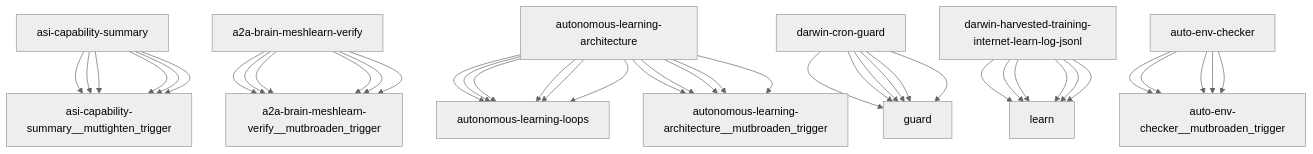
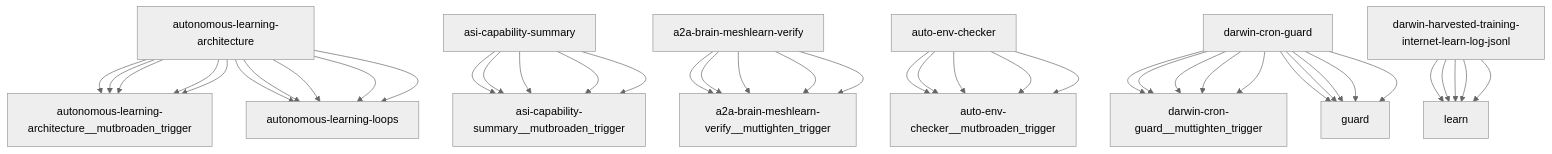
One commit to openamer-max/max-scripts changed the diagram in reports/darwin-report.md. Above: the diagram before and after it, drawn with Mermaid (neutral theme). The commit also changed other lines of this file and 22 other files, not shown here.

First line of the commit message:
chore(reports): cron auto-commit 2026-10-13

````diff
--- a/reports/darwin-report.md
+++ b/reports/darwin-report.md
@@ -69,43 +71,43 @@
 ```mermaid
 graph TD
-    asi-capability-summary["asi-capability-summary"] --> asi-capability-summary__muttighten_trigger["asi-capability-summary__muttighten_trigger"]
-    a2a-brain-meshlearn-verify["a2a-brain-meshlearn-verify"] --> a2a-brain-meshlearn-verify__mutbroaden_trigger["a2a-brain-meshlearn-verify__mutbroaden_trigger"]
+    autonomous-learning-architecture["autonomous-learning-architecture"] --> autonomous-learning-architecture__mutbroaden_trigger["autonomous-learning-architecture__mutbroaden_trigger"]
+    asi-capability-summary["asi-capability-summary"] --> asi-capability-summary__mutbroaden_trigger["asi-capability-summary__mutbroaden_trigger"]
+    a2a-brain-meshlearn-verify["a2a-brain-meshlearn-verify"] --> a2a-brain-meshlearn-verify__muttighten_trigger["a2a-brain-meshlearn-verify__muttighten_trigger"]
+    auto-env-checker["auto-env-checker"] --> auto-env-checker__mutbroaden_trigger["auto-env-checker__mutbroaden_trigger"]
+    darwin-cron-guard["darwin-cron-guard"] --> darwin-cron-guard__muttighten_trigger["darwin-cron-guard__muttighten_trigger"]
     autonomous-learning-architecture["autonomous-learning-architecture"] --> autonomous-learning-loops["autonomous-learning-loops"]
     darwin-cron-guard["darwin-cron-guard"] --> guard["guard"]
     darwin-harvested-training-internet-learn-log-jsonl["darwin-harvested-training-internet-learn-log-jsonl"] --> learn["learn"]
     autonomous-learning-architecture["autonomous-learning-architecture"] --> autonomous-learning-architecture__mutbroaden_trigger["autonomous-learning-architecture__mutbroaden_trigger"]
+    asi-capability-summary["asi-capability-summary"] --> asi-capability-summary__mutbroaden_trigger["asi-capability-summary__mutbroaden_trigger"]
+    a2a-brain-meshlearn-verify["a2a-brain-meshlearn-verify"] --> a2a-brain-meshlearn-verify__muttighten_trigger["a2a-brain-meshlearn-verify__muttighten_trigger"]
     auto-env-checker["auto-env-checker"] --> auto-env-checker__mutbroaden_trigger["auto-env-checker__mutbroaden_trigger"]
-    asi-capability-summary["asi-capability-summary"] --> asi-capability-summary__muttighten_trigger["asi-capability-summary__muttighten_trigger"]
-    a2a-brain-meshlearn-verify["a2a-brain-meshlearn-verify"] --> a2a-brain-meshlearn-verify__mutbroaden_trigger["a2a-brain-meshlearn-verify__mutbroaden_trigger"]
+    darwin-cron-guard["darwin-cron-guard"] --> darwin-cron-guard__muttighten_trigger["darwin-cron-guard__muttighten_trigger"]
     autonomous-learning-architecture["autonomous-learning-architecture"] --> autonomous-learning-loops["autonomous-learning-loops"]
     darwin-cron-guard["darwin-cron-guard"] --> guard["guard"]
     darwin-harvested-training-internet-learn-log-jsonl["darwin-harvested-training-internet-learn-log-jsonl"] --> learn["learn"]
     autonomous-learning-architecture["autonomous-learning-architecture"] --> autonomous-learning-architecture__mutbroaden_trigger["autonomous-learning-architecture__mutbroaden_trigger"]
+    asi-capability-summary["asi-capability-summary"] --> asi-capability-summary__mutbroaden_trigger["asi-capability-summary__mutbroaden_trigger"]
+    a2a-brain-meshlearn-verify["a2a-brain-meshlearn-verify"] --> a2a-brain-meshlearn-verify__muttighten_trigger["a2a-brain-meshlearn-verify__muttighten_trigger"]
     auto-env-checker["auto-env-checker"] --> auto-env-checker__mutbroaden_trigger["auto-env-checker__mutbroaden_trigger"]
-    asi-capability-summary["asi-capability-summary"] --> asi-capability-summary__muttighten_trigger["asi-capability-summary__muttighten_trigger"]
-    a2a-brain-meshlearn-verify["a2a-brain-meshlearn-verify"] --> a2a-brain-meshlearn-verify__mutbroaden_trigger["a2a-brain-meshlearn-verify__mutbroaden_trigger"]
+    darwin-cron-guard["darwin-cron-guard"] --> darwin-cron-guard__muttighten_trigger["darwin-cron-guard__muttighten_trigger"]
     autonomous-learning-architecture["autonomous-learning-architecture"] --> autonomous-learning-loops["autonomous-learning-loops"]
     darwin-cron-guard["darwin-cron-guard"] --> guard["guard"]
     darwin-harvested-training-internet-learn-log-jsonl["darwin-harvested-training-internet-learn-log-jsonl"] --> learn["learn"]
     autonomous-learning-architecture["autonomous-learning-architecture"] --> autonomous-learning-architecture__mutbroaden_trigger["autonomous-learning-architecture__mutbroaden_trigger"]
+    asi-capability-summary["asi-capability-summary"] --> asi-capability-summary__mutbroaden_trigger["asi-capability-summary__mutbroaden_trigger"]
+    a2a-brain-meshlearn-verify["a2a-brain-meshlearn-verify"] --> a2a-brain-meshlearn-verify__muttighten_trigger["a2a-brain-meshlearn-verify__muttighten_trigger"]
     auto-env-checker["auto-env-checker"] --> auto-env-checker__mutbroaden_trigger["auto-env-checker__mutbroaden_trigger"]
-    asi-capability-summary["asi-capability-summary"] --> asi-capability-summary__muttighten_trigger["asi-capability-summary__muttighten_trigger"]
-    a2a-brain-meshlearn-verify["a2a-brain-meshlearn-verify"] --> a2a-brain-meshlearn-verify__mutbroaden_trigger["a2a-brain-meshlearn-verify__mutbroaden_trigger"]
+    darwin-cron-guard["darwin-cron-guard"] --> darwin-cron-guard__muttighten_trigger["darwin-cron-guard__muttighten_trigger"]
     autonomous-learning-architecture["autonomous-learning-architecture"] --> autonomous-learning-loops["autonomous-learning-loops"]
     darwin-cron-guard["darwin-cron-guard"] --> guard["guard"]
     darwin-harvested-training-internet-learn-log-jsonl["darwin-harvested-training-internet-learn-log-jsonl"] --> learn["learn"]
     autonomous-learning-architecture["autonomous-learning-architecture"] --> autonomous-learning-architecture__mutbroaden_trigger["autonomous-learning-architecture__mutbroaden_trigger"]
+    asi-capability-summary["asi-capability-summary"] --> asi-capability-summary__mutbroaden_trigger["asi-capability-summary__mutbroaden_trigger"]
+    a2a-brain-meshlearn-verify["a2a-brain-meshlearn-verify"] --> a2a-brain-meshlearn-verify__muttighten_trigger["a2a-brain-meshlearn-verify__muttighten_trigger"]
     auto-env-checker["auto-env-checker"] --> auto-env-checker__mutbroaden_trigger["auto-env-checker__mutbroaden_trigger"]
-    asi-capability-summary["asi-capability-summary"] --> asi-capability-summary__muttighten_trigger["asi-capability-summary__muttighten_trigger"]
-    a2a-brain-meshlearn-verify["a2a-brain-meshlearn-verify"] --> a2a-brain-meshlearn-verify__mutbroaden_trigger["a2a-brain-meshlearn-verify__mutbroaden_trigger"]
-    autonomous-learning-architecture["autonomous-learning-architecture"] --> autonomous-learning-loops["autonomous-learning-loops"]
-    darwin-cron-guard["darwin-cron-guard"] --> guard["guard"]
-    darwin-harvested-training-internet-learn-log-jsonl["darwin-harvested-training-internet-learn-log-jsonl"] --> learn["learn"]
-    autonomous-learning-architecture["autonomous-learning-architecture"] --> autonomous-learning-architecture__mutbroaden_trigger["autonomous-learning-architecture__mutbroaden_trigger"]
-    auto-env-checker["auto-env-checker"] --> auto-env-checker__mutbroaden_trigger["auto-env-checker__mutbroaden_trigger"]
-    asi-capability-summary["asi-capability-summary"] --> asi-capability-summary__muttighten_trigger["asi-capability-summary__muttighten_trigger"]
-    a2a-brain-meshlearn-verify["a2a-brain-meshlearn-verify"] --> a2a-brain-meshlearn-verify__mutbroaden_trigger["a2a-brain-meshlearn-verify__mutbroaden_trigger"]
+    darwin-cron-guard["darwin-cron-guard"] --> darwin-cron-guard__muttighten_trigger["darwin-cron-guard__muttighten_trigger"]
     autonomous-learning-architecture["autonomous-learning-architecture"] --> autonomous-learning-loops["autonomous-learning-loops"]
     darwin-cron-guard["darwin-cron-guard"] --> guard["guard"]
     darwin-harvested-training-internet-learn-log-jsonl["darwin-harvested-training-internet-learn-log-jsonl"] --> learn["learn"]
 ```
````
